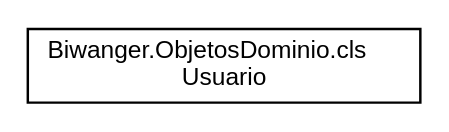
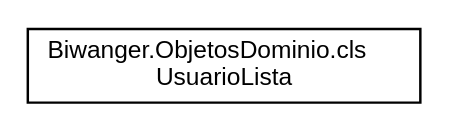
One commit to nagorecb/BiwangerServidor changed the diagram in docs/inherit_graph_12.dot. Above: the diagram before and after it, drawn with Graphviz. The commit also changed 162 other files, not shown here.

```diff
--- a/docs/inherit_graph_12.dot
+++ b/docs/inherit_graph_12.dot
@@ -1,8 +1,8 @@
 digraph "Representación gráfica de la clase"
 {
  // LATEX_PDF_SIZE
   edge [fontname="Helvetica",fontsize="10",labelfontname="Helvetica",labelfontsize="10"];
   node [fontname="Helvetica",fontsize="10",shape=record];
   rankdir="LR";
-  Node0 [label="Biwanger.ObjetosDominio.cls\lUsuario",height=0.2,width=0.4,color="black", fillcolor="white", style="filled",URL="$class_biwanger_1_1_objetos_dominio_1_1cls_usuario.html",tooltip=" "];
+  Node0 [label="Biwanger.ObjetosDominio.cls\lUsuarioLista",height=0.2,width=0.4,color="black", fillcolor="white", style="filled",URL="$class_biwanger_1_1_objetos_dominio_1_1cls_usuario_lista.html",tooltip="Clase del objeto lista de usuarios."];
 }
```
